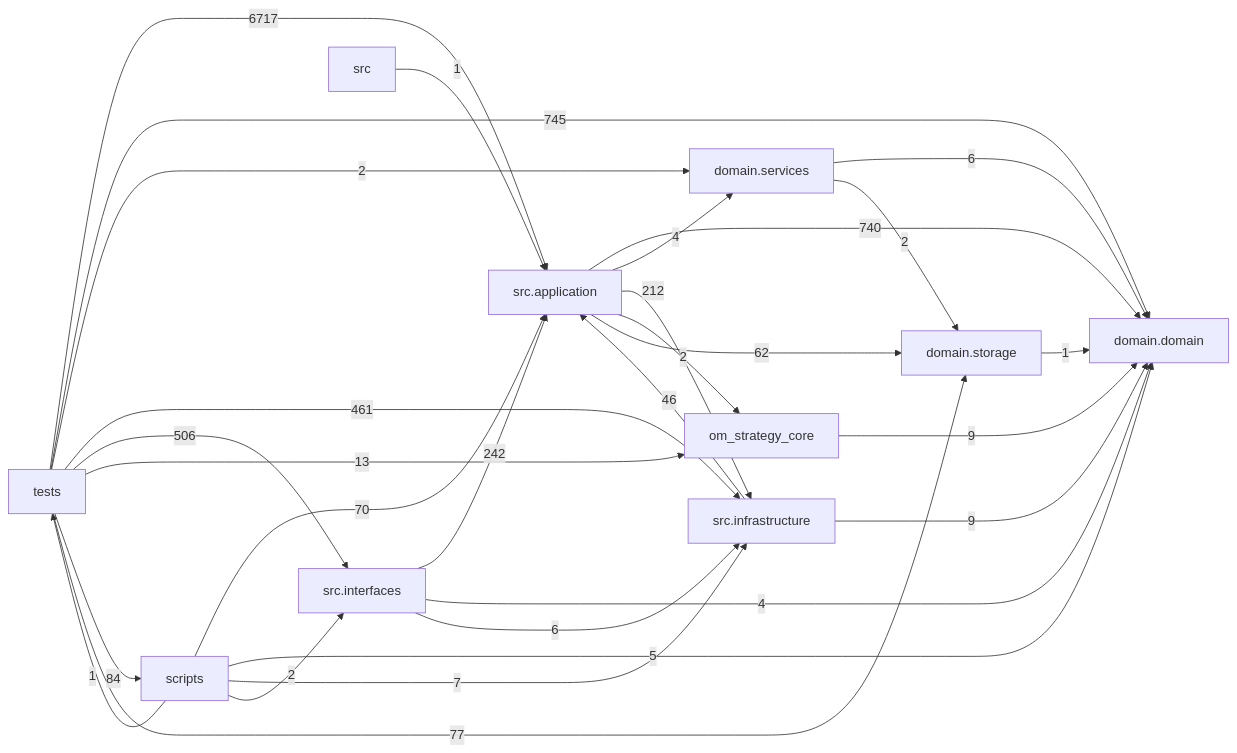
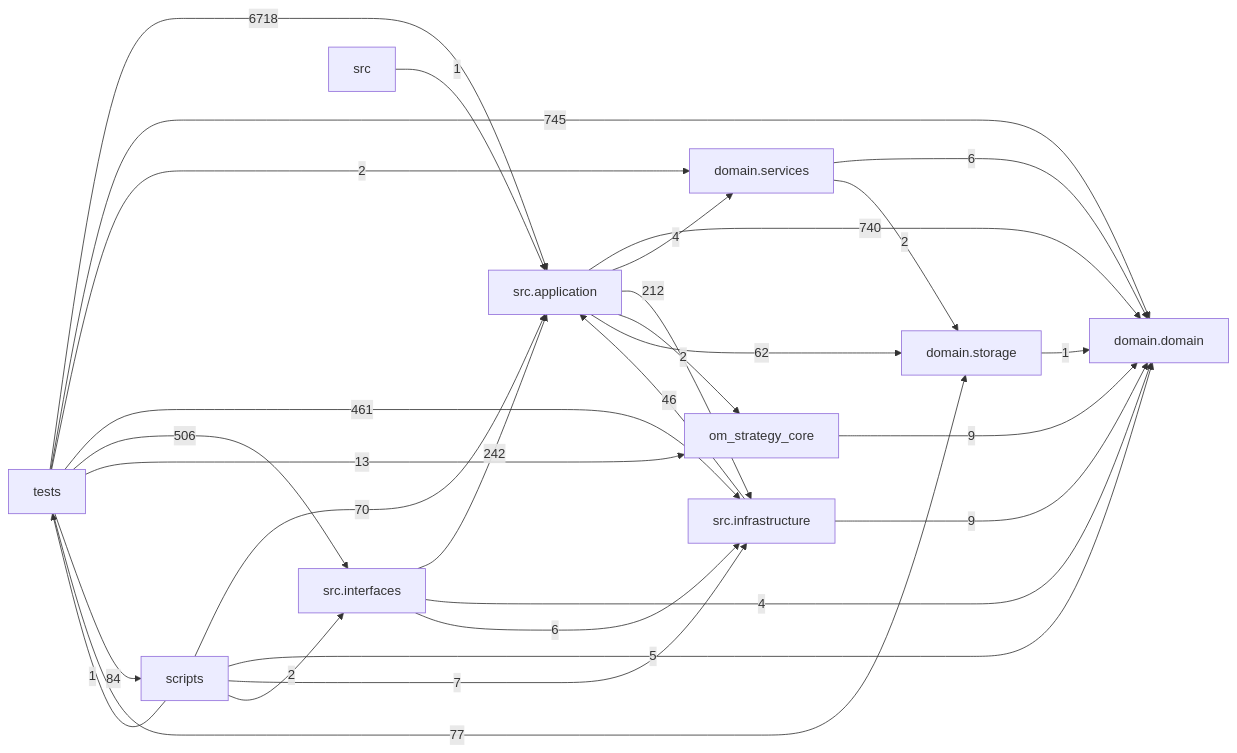
Before and after one commit to liuxie066/options-monitor: the diagram in docs/DEPENDENCY_GRAPH.md, drawn with Mermaid. The commit also changed other lines of this file, not shown here.

Commit message:
docs(graph): refresh dependency graph after stock evidence imports (#763)

````diff
--- a/docs/DEPENDENCY_GRAPH.md
+++ b/docs/DEPENDENCY_GRAPH.md
@@ -24,39 +24,39 @@
 ```mermaid
 flowchart LR
   tests["tests"]
   scripts["scripts"]
   interfaces["src.interfaces"]
   application["src.application"]
   infrastructure["src.infrastructure"]
   domain_services["domain.services"]
   domain["domain.domain"]
   storage["domain.storage"]
   application -->|740| domain
   application -->|4| domain_services
   application -->|212| infrastructure
   application -->|2| om_strategy_core
   application -->|62| storage
   domain_services -->|6| domain
   domain_services -->|2| storage
   infrastructure -->|46| application
   infrastructure -->|9| domain
   interfaces -->|242| application
   interfaces -->|4| domain
   interfaces -->|6| infrastructure
   om_strategy_core -->|9| domain
   scripts -->|70| application
   scripts -->|5| domain
   scripts -->|7| infrastructure
   scripts -->|2| interfaces
   scripts -->|1| tests
   src -->|1| application
   storage -->|1| domain
-  tests -->|6717| application
+  tests -->|6718| application
   tests -->|745| domain
   tests -->|2| domain_services
   tests -->|461| infrastructure
   tests -->|506| interfaces
   tests -->|13| om_strategy_core
   tests -->|84| scripts
   tests -->|77| storage
 ```
````
